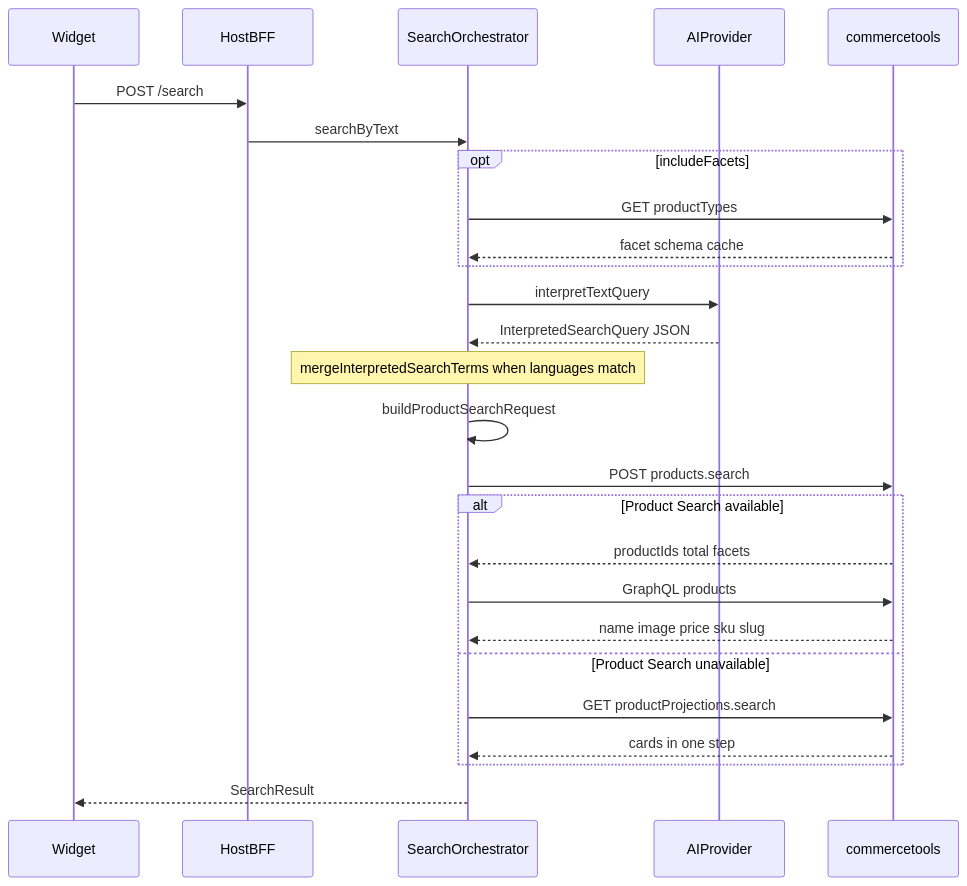
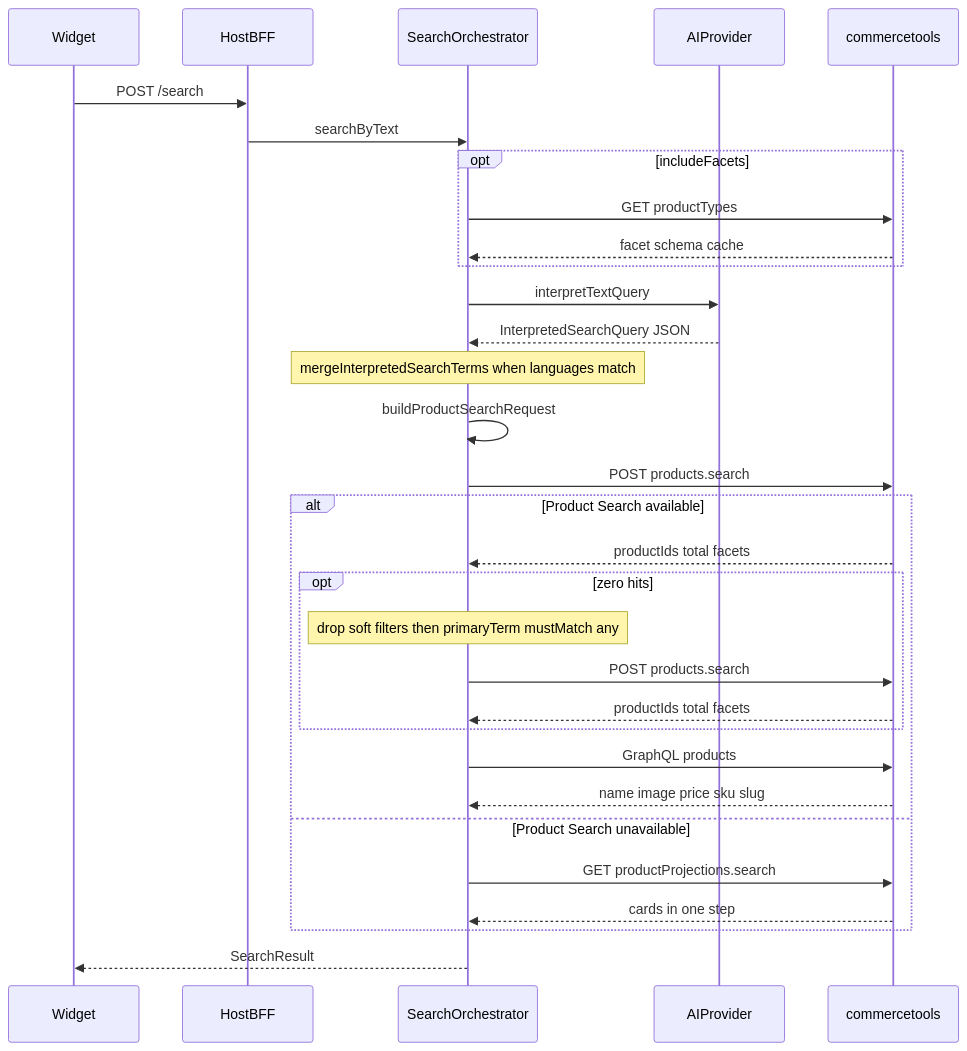
One commit to tomasz-miller/commerce-ai-tool changed the first of 4 diagrams in docs/SEARCH-PIPELINE.md. Above: the diagram before and after it, drawn with Mermaid. The commit also changed other lines of this file and 74 other files, not shown here.

First line of the commit message:
Search relevance primary term - improvement (#19)

````diff
--- a/docs/SEARCH-PIPELINE.md
+++ b/docs/SEARCH-PIPELINE.md
@@ -47,29 +47,34 @@
 ```mermaid
 sequenceDiagram
   participant Widget as Widget
   participant BFF as HostBFF
   participant Orch as SearchOrchestrator
   participant LLM as AIProvider
   participant CT as commercetools
 
   Widget->>BFF: POST /search
   BFF->>Orch: searchByText
   opt includeFacets
     Orch->>CT: GET productTypes
     CT-->>Orch: facet schema cache
   end
   Orch->>LLM: interpretTextQuery
   LLM-->>Orch: InterpretedSearchQuery JSON
   Note over Orch: mergeInterpretedSearchTerms when languages match
   Orch->>Orch: buildProductSearchRequest
   Orch->>CT: POST products.search
   alt Product Search available
     CT-->>Orch: productIds total facets
+    opt zero hits
+      Note over Orch: drop soft filters then primaryTerm mustMatch any
+      Orch->>CT: POST products.search
+      CT-->>Orch: productIds total facets
+    end
     Orch->>CT: GraphQL products
     CT-->>Orch: name image price sku slug
   else Product Search unavailable
     Orch->>CT: GET productProjections.search
     CT-->>Orch: cards in one step
   end
   Orch-->>Widget: SearchResult
 ```
````
